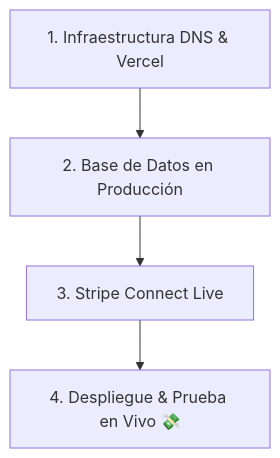
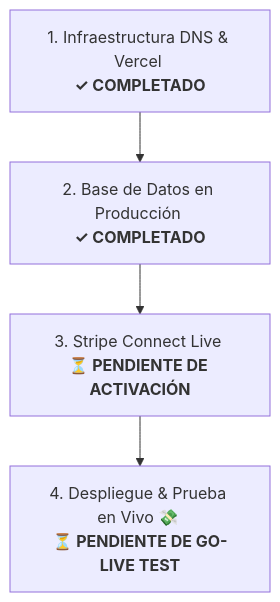
One commit to ramumarti/inagrosolutions changed the diagram in docs/ultimos_retoques.md. Above: the diagram before and after it, drawn with Mermaid. The commit also changed other lines of this file, not shown here.

Commit message:
docs: actualizar checklist de ultimos retoques con estado real completado

````diff
--- a/docs/ultimos_retoques.md
+++ b/docs/ultimos_retoques.md
@@ -9,6 +9,6 @@
 ```mermaid
 graph TD
-    A[1. Infraestructura DNS & Vercel] --> B[2. Base de Datos en Producción]
-    B --> C[3. Stripe Connect Live]
-    C --> D[4. Despliegue & Prueba en Vivo 💸]
+    A[1. Infraestructura DNS & Vercel <br><b>✓ COMPLETADO</b>] --> B[2. Base de Datos en Producción <br><b>✓ COMPLETADO</b>]
+    B --> C[3. Stripe Connect Live <br><b>⏳ PENDIENTE DE ACTIVACIÓN</b>]
+    C --> D[4. Despliegue & Prueba en Vivo 💸 <br><b>⏳ PENDIENTE DE GO-LIVE TEST</b>]
 ```
````
